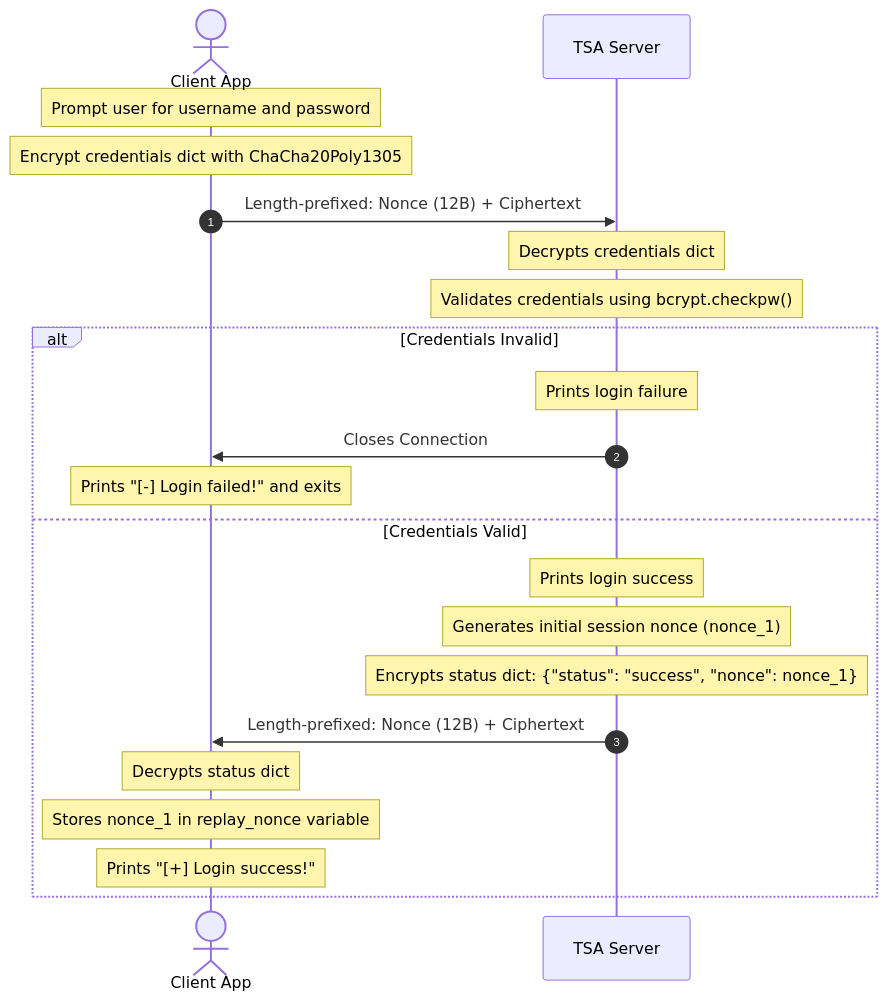
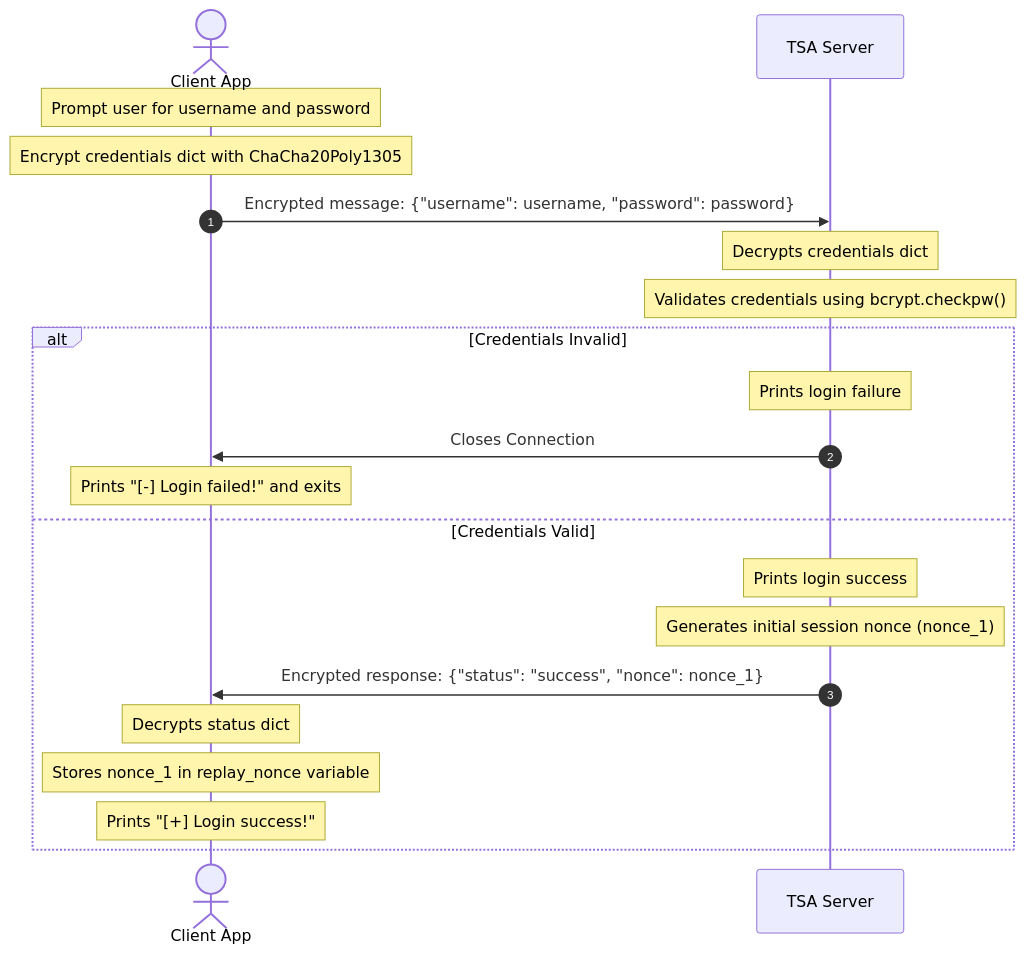
Before and after one commit to ErVideo/Fundamentals_of_Cybersecurity_Project: the second of 3 diagrams in Report/Report_v2.md, drawn with Mermaid. The commit also changed other lines of this file and 2 other files, not shown here.

Commit message:
Minor changes

````diff
--- a/Report/Report_v2.md
+++ b/Report/Report_v2.md
@@ -220,26 +220,25 @@
 ```mermaid
 sequenceDiagram
     autonumber
     actor Client as Client App
     participant Server as TSA Server
     
     Note over Client: Prompt user for username and password
     Note over Client: Encrypt credentials dict with ChaCha20Poly1305
-    Client->>Server: Length-prefixed: Nonce (12B) + Ciphertext
+    Client->>Server: Encrypted message: {"username": username, "password": password}
     
     Note over Server: Decrypts credentials dict
     Note over Server: Validates credentials using bcrypt.checkpw()
     alt Credentials Invalid
         Note over Server: Prints login failure
         Server->>Client: Closes Connection
         Note over Client: Prints "[-] Login failed!" and exits
     else Credentials Valid
         Note over Server: Prints login success
-        Note over Server: Generates initial session nonce (nonce_1)
-        Note over Server: Encrypts status dict: {"status": "success", "nonce": nonce_1}
-        Server->>Client: Length-prefixed: Nonce (12B) + Ciphertext
+        Note over Server: Generates initial session nonce (nonce_1) 
+        Server->>Client: Encrypted response: {"status": "success", "nonce": nonce_1}
         Note over Client: Decrypts status dict
         Note over Client: Stores nonce_1 in replay_nonce variable
         Note over Client: Prints "[+] Login success!"
     end
 ```
````
